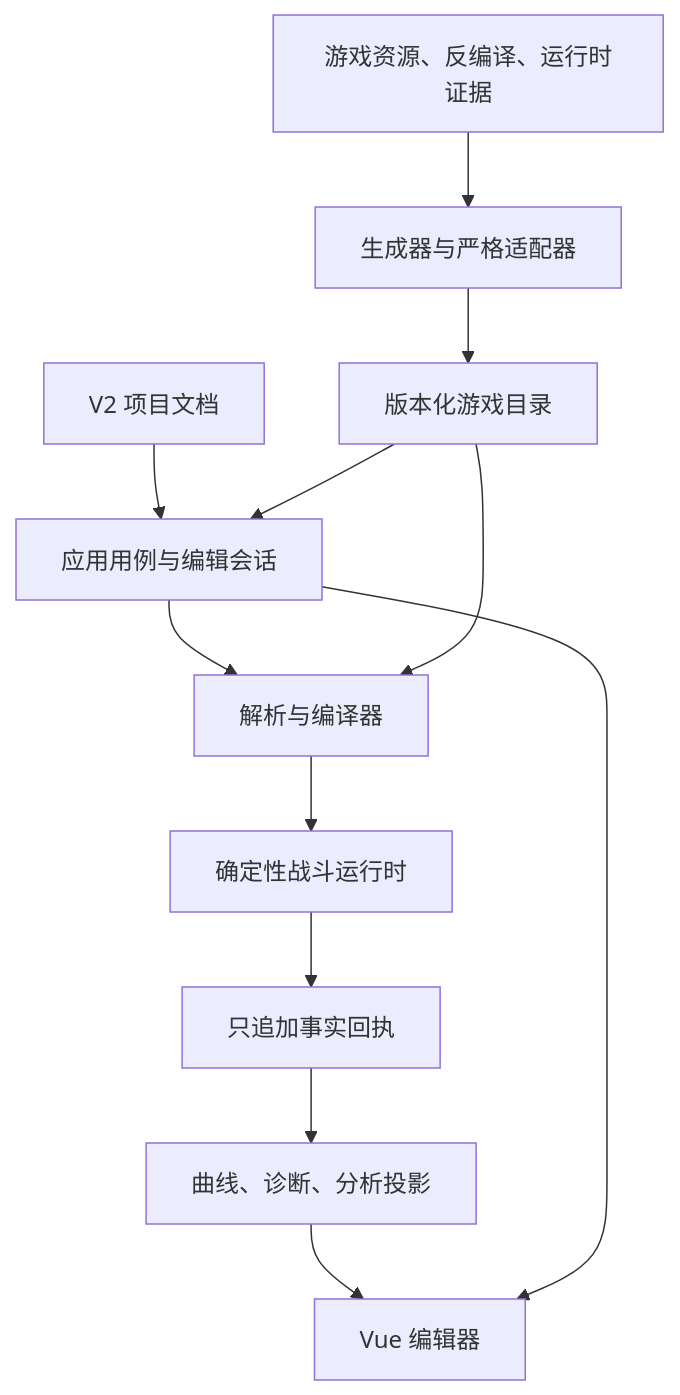
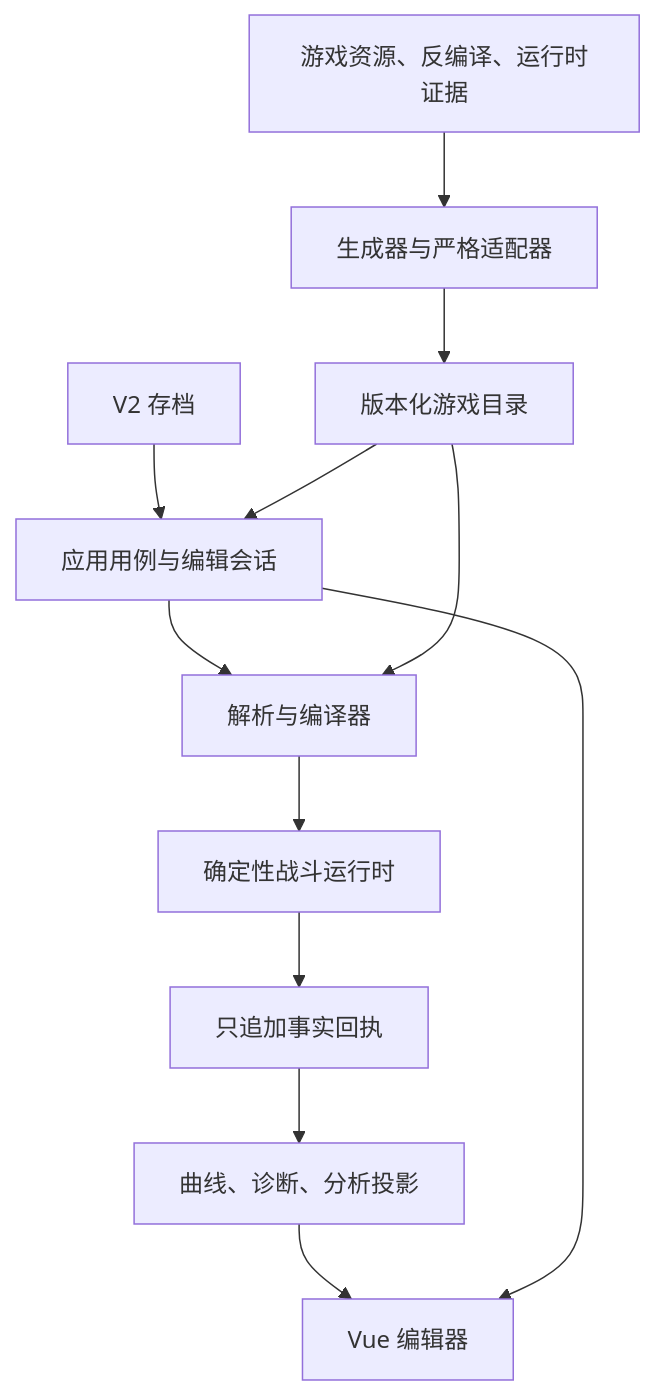
Before and after one commit to SQwatermark/Endaxis: the diagram in docs/next/02-layered-architecture.md, drawn with Mermaid. The commit also changed other lines of this file and 56 other files, not shown here.

````diff
--- a/docs/next/02-layered-architecture.md
+++ b/docs/next/02-layered-architecture.md
@@ -5,21 +5,21 @@
 ```mermaid
 flowchart TB
   Evidence["游戏资源、反编译、运行时证据"]
   Generator["生成器与严格适配器"]
   Catalog["版本化游戏目录"]
-  Project["V2 项目文档"]
+  Project["V2 存档"]
   Application["应用用例与编辑会话"]
   Compiler["解析与编译器"]
   Runtime["确定性战斗运行时"]
   Receipt["只追加事实回执"]
   Projection["曲线、诊断、分析投影"]
   UI["Vue 编辑器"]
 
   Evidence --> Generator --> Catalog
   Project --> Application
   Catalog --> Application
   Application --> Compiler
   Catalog --> Compiler
   Compiler --> Runtime --> Receipt --> Projection --> UI
   Application --> UI
 ```
````
